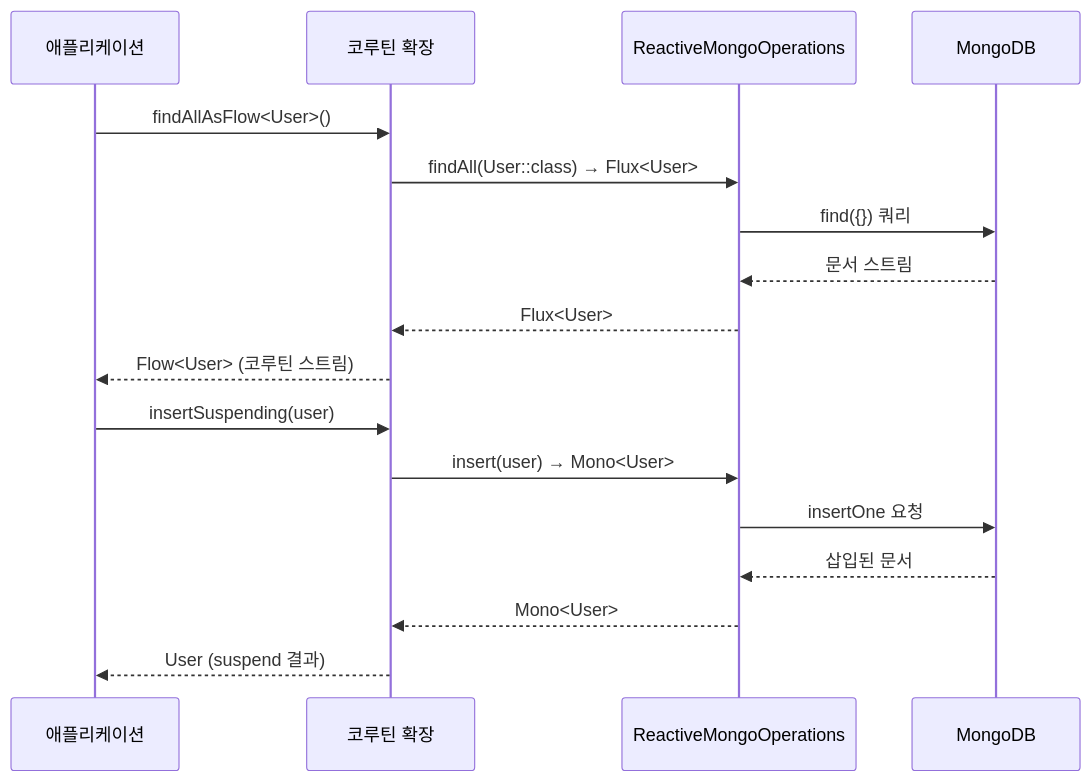
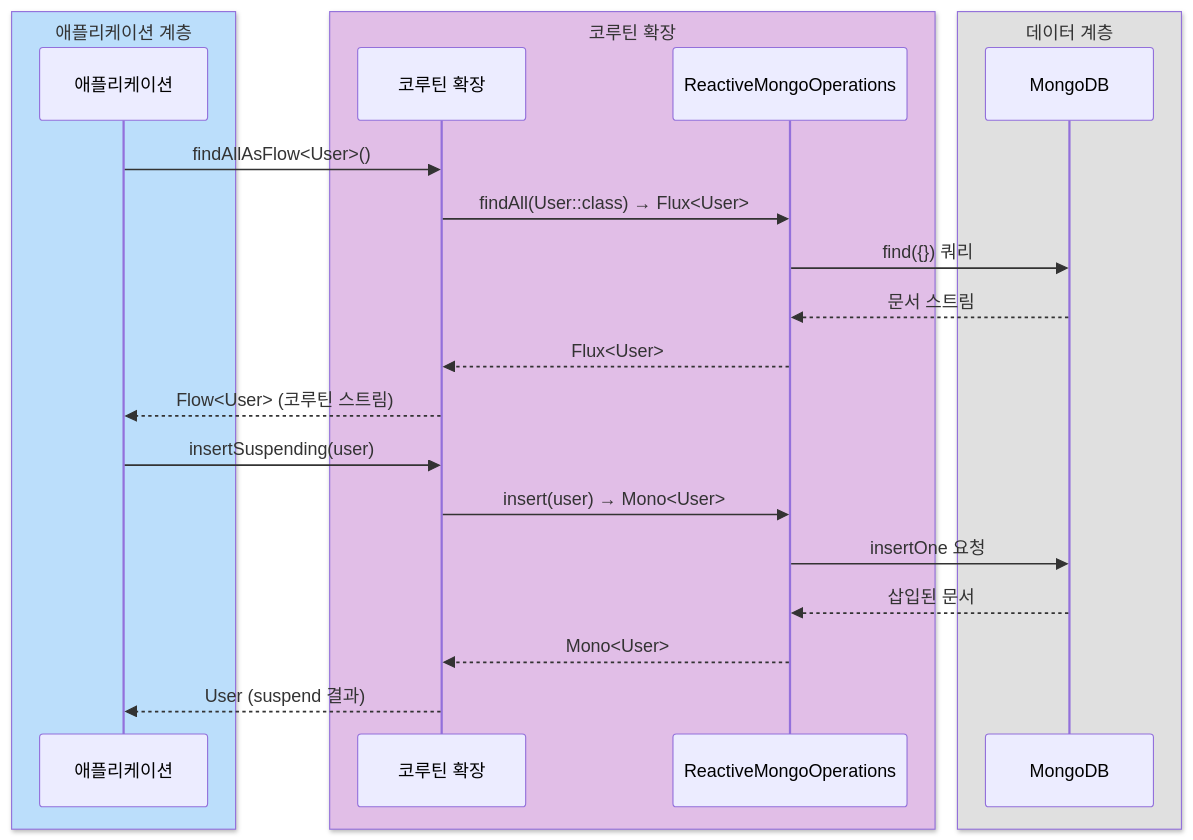
Before and after one commit to bluetape4k/bluetape4k-projects: the fourth of 4 diagrams in spring-boot3/mongodb/README.ko.md, drawn with Mermaid. The commit also changed other lines of this file and 221 other files, not shown here.

First line of the commit message:
docs: 전체 모듈 README UML 다이어그램 보강 및 색상 업그레이드

````diff
--- a/spring-boot3/mongodb/README.ko.md
+++ b/spring-boot3/mongodb/README.ko.md
@@ -299,21 +330,27 @@
 ```mermaid
 sequenceDiagram
-    participant App as 애플리케이션
-    participant Ext as 코루틴 확장
-    participant Ops as ReactiveMongoOperations
-    participant DB as MongoDB
+    box rgb(187,222,251) 애플리케이션 계층
+        participant App as 애플리케이션
+    end
+    box rgb(225,190,231) 코루틴 확장
+        participant Ext as 코루틴 확장
+        participant Ops as ReactiveMongoOperations
+    end
+    box rgb(224,224,224) 데이터 계층
+        participant DB as MongoDB
+    end
 
     App->>Ext: findAllAsFlow<User>()
     Ext->>Ops: findAll(User::class) → Flux<User>
     Ops->>DB: find({}) 쿼리
     DB-->>Ops: 문서 스트림
     Ops-->>Ext: Flux<User>
     Ext-->>App: Flow<User> (코루틴 스트림)
 
     App->>Ext: insertSuspending(user)
     Ext->>Ops: insert(user) → Mono<User>
     Ops->>DB: insertOne 요청
     DB-->>Ops: 삽입된 문서
     Ops-->>Ext: Mono<User>
     Ext-->>App: User (suspend 결과)
 ```
````
